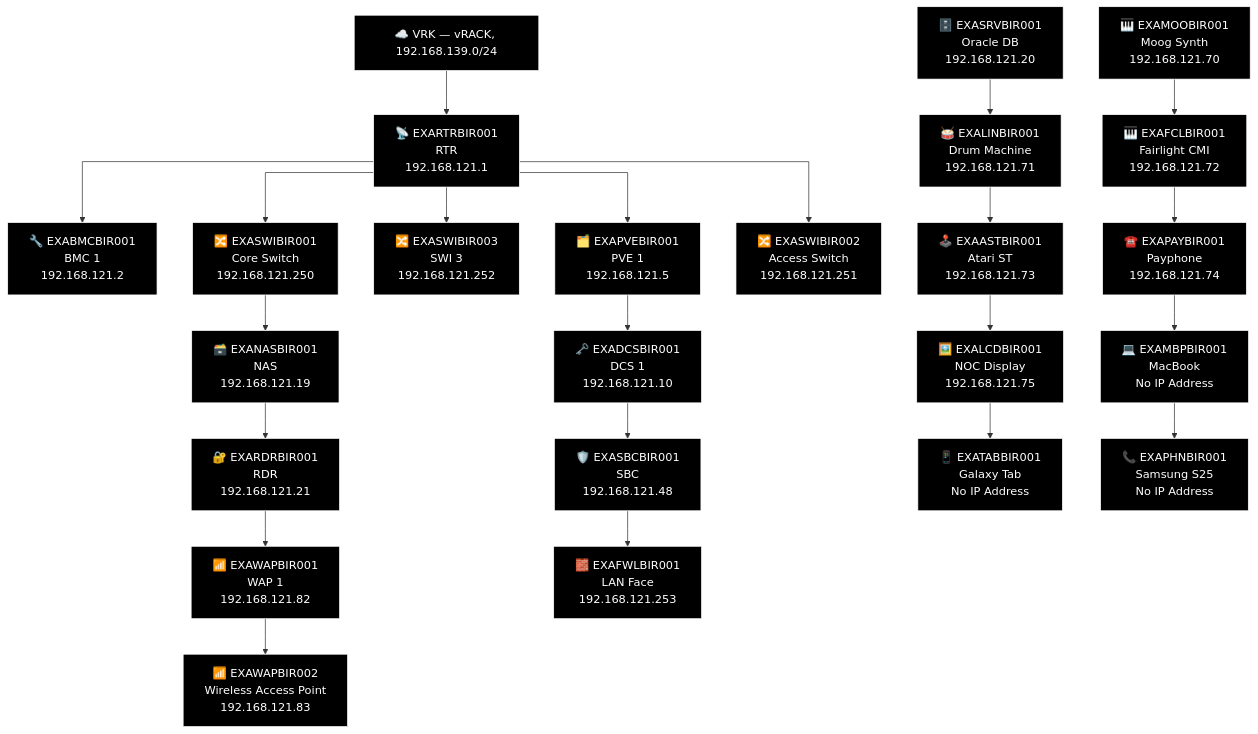
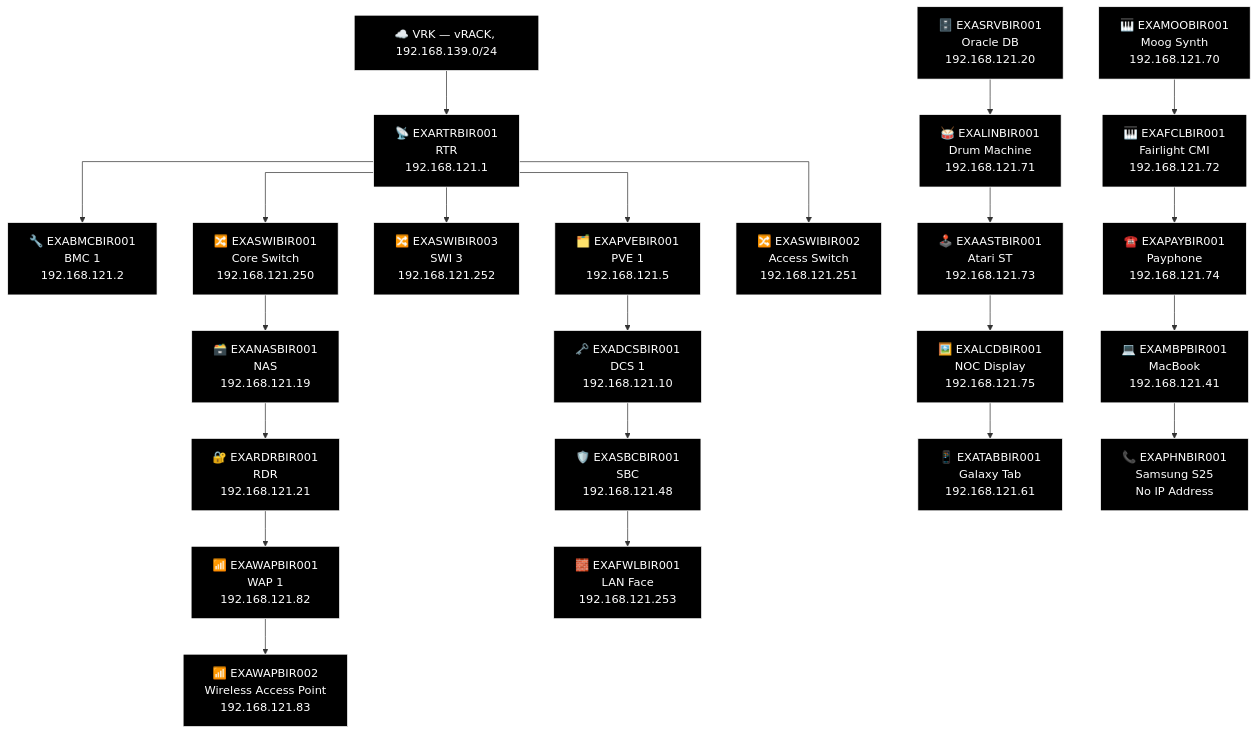
The sixth of 27 diagrams in docs/network-diagram/england.md (knightmare2600/example_music_infra), drawn with Mermaid before and after one commit. The commit also changed other lines of this file and 11 other files, not shown here.

````diff
--- a/docs/network-diagram/england.md
+++ b/docs/network-diagram/england.md
@@ -281,64 +281,64 @@
 ```mermaid
 %% GENERATED:TOPOLOGY:BIR:START
 %%{init: {'flowchart': {'curve': 'stepAfter'}}}%%
 graph TD
     T_VRK["☁️ VRK — vRACK, 192.168.139.0/24"]
     T_RTR["📡 EXARTRBIR001<br/>RTR<br/>192.168.121.1"]
     T_VRK --> T_RTR
     T_BMC["🔧 EXABMCBIR001<br/>BMC 1<br/>192.168.121.2"]
     T_RTR --> T_BMC
     T_PVE["🗂️ EXAPVEBIR001<br/>PVE 1<br/>192.168.121.5"]
     T_RTR --> T_PVE
     T_SWI["🔀 EXASWIBIR003<br/>SWI 3<br/>192.168.121.252"]
     T_RTR --> T_SWI
     T_SWI2["🔀 EXASWIBIR001<br/>Core Switch<br/>192.168.121.250"]
     T_RTR --> T_SWI2
     T_SWI3["🔀 EXASWIBIR002<br/>Access Switch<br/>192.168.121.251"]
     T_RTR --> T_SWI3
     T_NAS["🗃️ EXANASBIR001<br/>NAS<br/>192.168.121.19"]
     T_RDR["🔐 EXARDRBIR001<br/>RDR<br/>192.168.121.21"]
     T_WAP["📶 EXAWAPBIR001<br/>WAP 1<br/>192.168.121.82"]
     T_WAP2["📶 EXAWAPBIR002<br/>Wireless Access Point<br/>192.168.121.83"]
     T_SWI2 --> T_NAS --> T_RDR --> T_WAP --> T_WAP2
     T_DCS["🗝️ EXADCSBIR001<br/>DCS 1<br/>192.168.121.10"]
     T_SBC["🛡️ EXASBCBIR001<br/>SBC<br/>192.168.121.48"]
     T_FWL["🧱 EXAFWLBIR001<br/>LAN Face<br/>192.168.121.253"]
     T_PVE --> T_DCS --> T_SBC --> T_FWL
     T_SRV["🗄️ EXASRVBIR001<br/>Oracle DB<br/>192.168.121.20"]
     T_MOO["🎹 EXAMOOBIR001<br/>Moog Synth<br/>192.168.121.70"]
     T_LIN["🥁 EXALINBIR001<br/>Drum Machine<br/>192.168.121.71"]
     T_FCL["🎹 EXAFCLBIR001<br/>Fairlight CMI<br/>192.168.121.72"]
     T_AST["🕹️ EXAASTBIR001<br/>Atari ST<br/>192.168.121.73"]
     T_PAY["☎️ EXAPAYBIR001<br/>Payphone<br/>192.168.121.74"]
     T_LCD["🖼️ EXALCDBIR001<br/>NOC Display<br/>192.168.121.75"]
-    T_MBP["💻 EXAMBPBIR001<br/>MacBook<br/>No IP Address"]
-    T_TAB["📱 EXATABBIR001<br/>Galaxy Tab<br/>No IP Address"]
+    T_MBP["💻 EXAMBPBIR001<br/>MacBook<br/>192.168.121.41"]
+    T_TAB["📱 EXATABBIR001<br/>Galaxy Tab<br/>192.168.121.61"]
     T_PHN["📞 EXAPHNBIR001<br/>Samsung S25<br/>No IP Address"]
     T_SRV --> T_LIN --> T_AST --> T_LCD --> T_TAB
     T_MOO --> T_FCL --> T_PAY --> T_MBP --> T_PHN
     style T_VRK fill:#000000,stroke:#FFFFFF,color:#FFFFFF
     style T_RTR fill:#000000,stroke:#FFFFFF,color:#FFFFFF
     style T_BMC fill:#000000,stroke:#FFFFFF,color:#FFFFFF
     style T_PVE fill:#000000,stroke:#FFFFFF,color:#FFFFFF
     style T_SWI fill:#000000,stroke:#FFFFFF,color:#FFFFFF
     style T_SWI2 fill:#000000,stroke:#FFFFFF,color:#FFFFFF
     style T_SWI3 fill:#000000,stroke:#FFFFFF,color:#FFFFFF
     style T_NAS fill:#000000,stroke:#FFFFFF,color:#FFFFFF
     style T_RDR fill:#000000,stroke:#FFFFFF,color:#FFFFFF
     style T_WAP fill:#000000,stroke:#FFFFFF,color:#FFFFFF
     style T_WAP2 fill:#000000,stroke:#FFFFFF,color:#FFFFFF
     style T_DCS fill:#000000,stroke:#FFFFFF,color:#FFFFFF
     style T_SBC fill:#000000,stroke:#FFFFFF,color:#FFFFFF
     style T_FWL fill:#000000,stroke:#FFFFFF,color:#FFFFFF
     style T_SRV fill:#000000,stroke:#FFFFFF,color:#FFFFFF
     style T_MOO fill:#000000,stroke:#FFFFFF,color:#FFFFFF
     style T_LIN fill:#000000,stroke:#FFFFFF,color:#FFFFFF
     style T_FCL fill:#000000,stroke:#FFFFFF,color:#FFFFFF
     style T_AST fill:#000000,stroke:#FFFFFF,color:#FFFFFF
     style T_PAY fill:#000000,stroke:#FFFFFF,color:#FFFFFF
     style T_LCD fill:#000000,stroke:#FFFFFF,color:#FFFFFF
     style T_MBP fill:#000000,stroke:#FFFFFF,color:#FFFFFF
     style T_TAB fill:#000000,stroke:#FFFFFF,color:#FFFFFF
     style T_PHN fill:#000000,stroke:#FFFFFF,color:#FFFFFF
 %% GENERATED:TOPOLOGY:BIR:END
 ```
````
